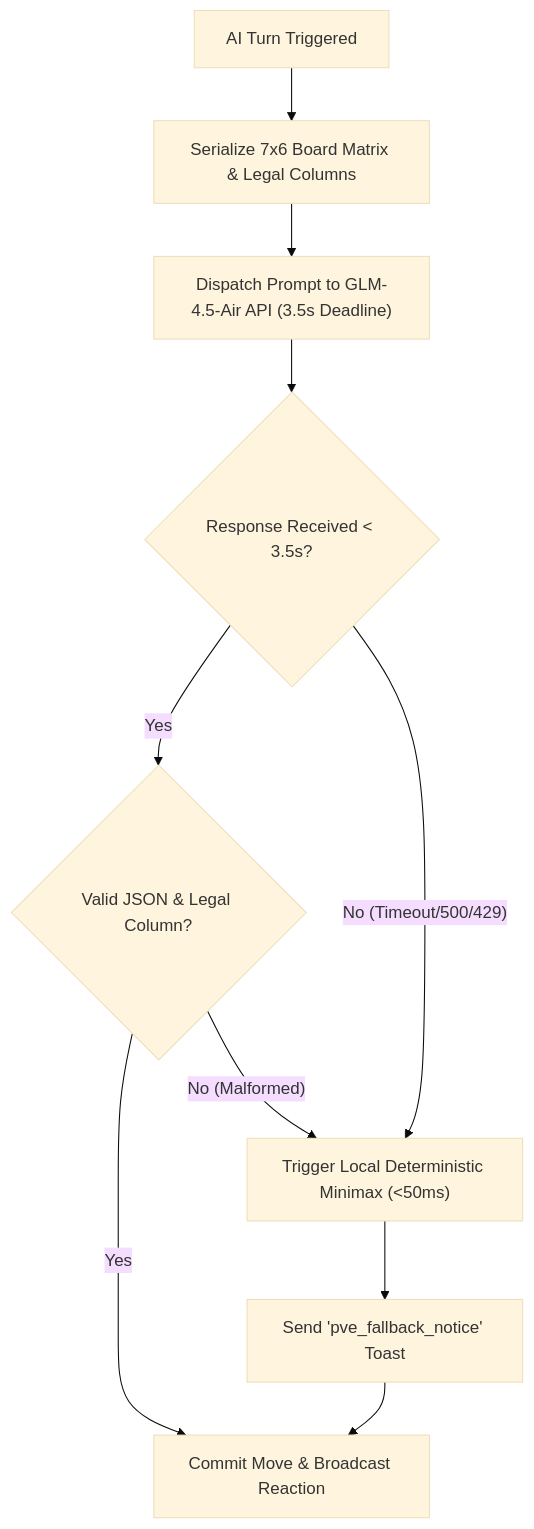
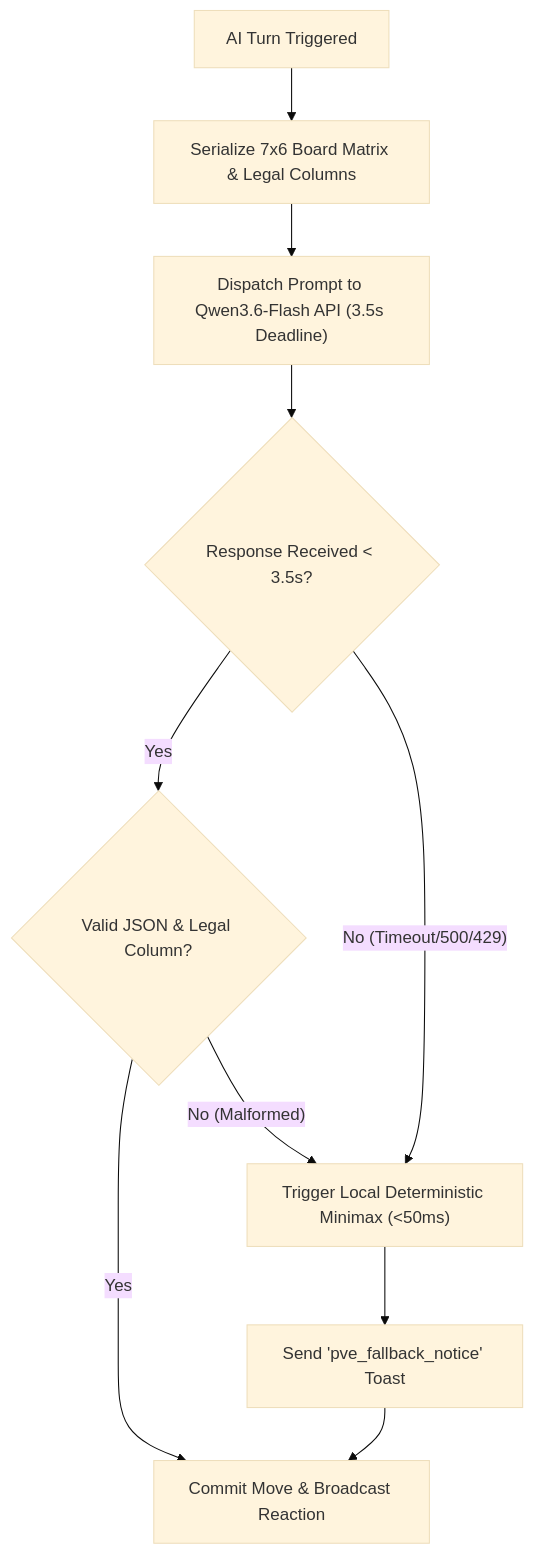
The diagram in docs/TECHNICAL_SPEC.md (CelVision/AILT9019_G31), drawn with Mermaid (base theme) before and after one commit. The commit also changed other lines of this file and 33 other files, not shown here.

````diff
--- a/docs/TECHNICAL_SPEC.md
+++ b/docs/TECHNICAL_SPEC.md
@@ -316,15 +316,15 @@
 ```mermaid
 flowchart TD
     Start["AI Turn Triggered"] --> Serialize["Serialize 7x6 Board Matrix & Legal Columns"]
-    Serialize --> GLMReq["Dispatch Prompt to GLM-4.5-Air API (3.5s Deadline)"]
-    
-    GLMReq --> CheckRes{Response Received < 3.5s?}
+    Serialize --> AIReq["Dispatch Prompt to Qwen3.6-Flash API (3.5s Deadline)"]
+
+    AIReq --> CheckRes{Response Received < 3.5s?}
     CheckRes -- Yes --> ValidateJSON{Valid JSON & Legal Column?}
     ValidateJSON -- Yes --> CommitMove["Commit Move & Broadcast Reaction"]
-    
+
     CheckRes -- No (Timeout/500/429) --> Fallback["Trigger Local Deterministic Minimax (<50ms)"]
     ValidateJSON -- No (Malformed) --> Fallback
     
     Fallback --> NotifyClient["Send 'pve_fallback_notice' Toast"]
     NotifyClient --> CommitMove
 ```
````
